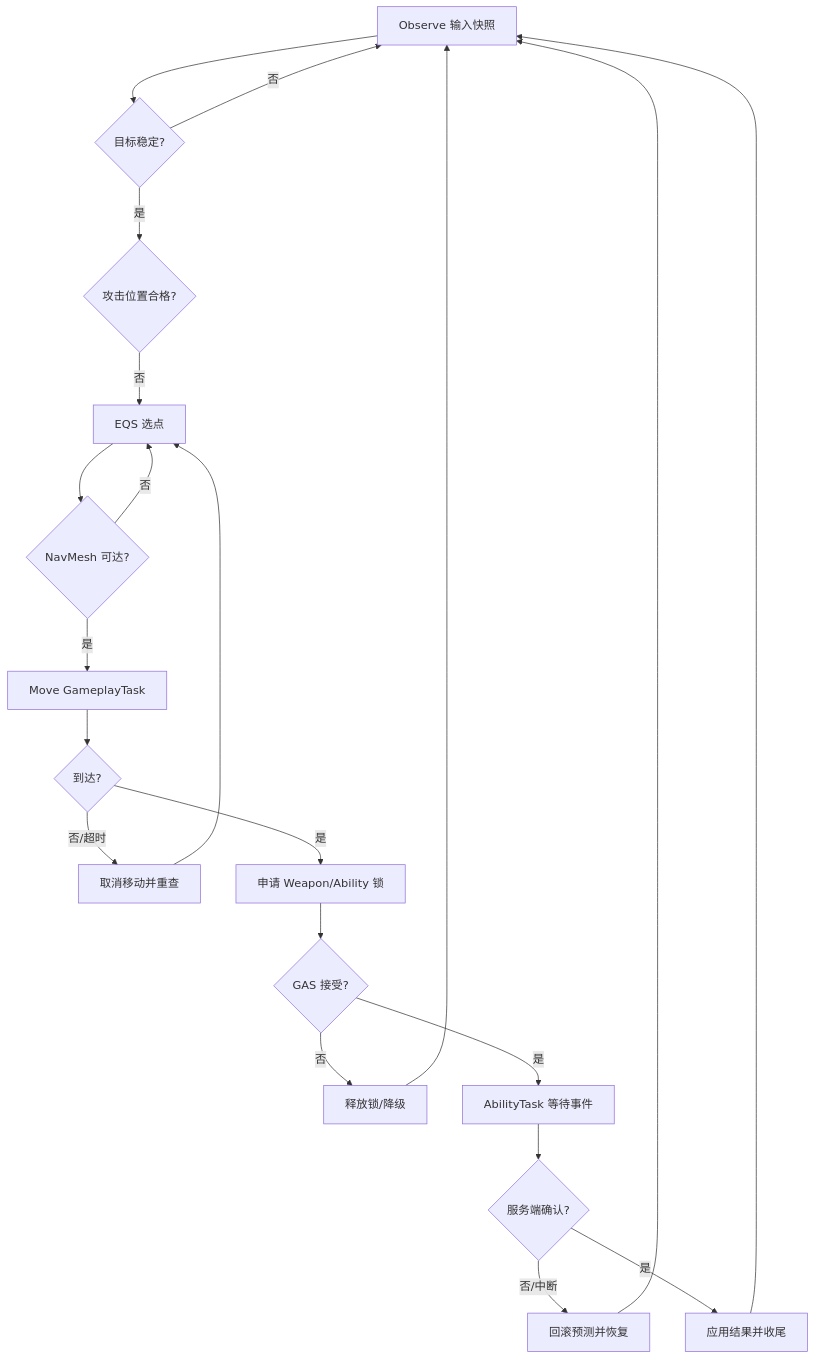
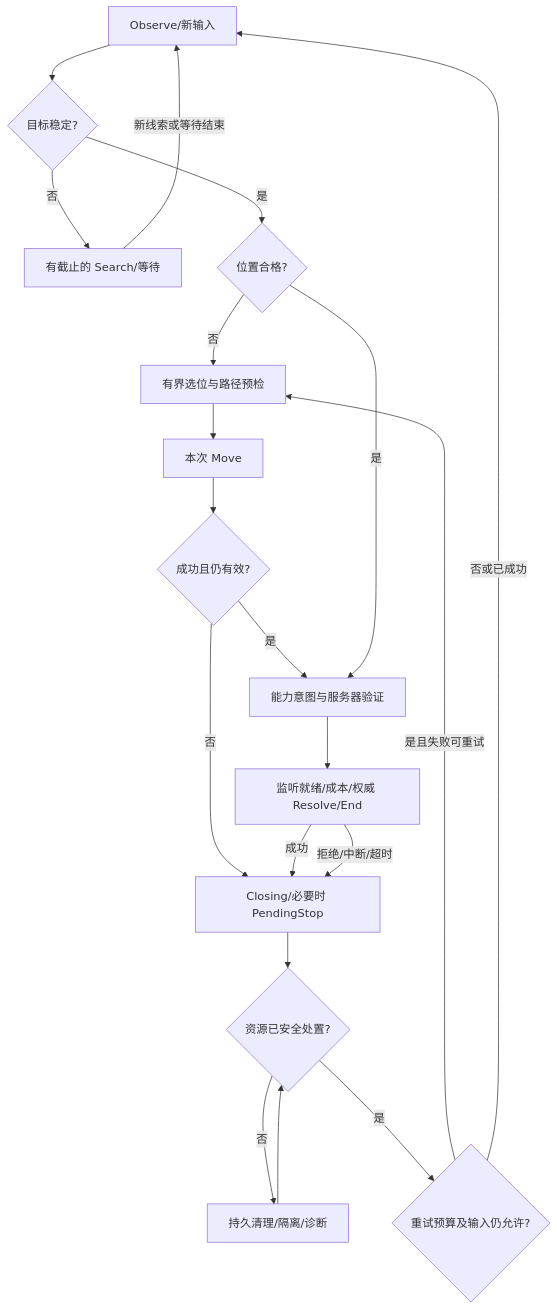
One commit to fantuan812/learning changed the fourth of 4 diagrams in 知识/06-游戏AI/感知决策与行为规划/07-GameplayTasks-StateTree-GAS-AI协同.md. Above: the diagram before and after it, drawn with Mermaid. The commit also changed other lines of this file and 1 other file, not shown here.

````diff
--- a/知识/06-游戏AI/感知决策与行为规划/07-GameplayTasks-StateTree-GAS-AI协同.md
+++ b/知识/06-游戏AI/感知决策与行为规划/07-GameplayTasks-StateTree-GAS-AI协同.md
@@ -807,23 +611,22 @@
 ```mermaid
 flowchart TD
-    A[Observe 输入快照] --> B{目标稳定?}
-    B -- 否 --> A
-    B -- 是 --> C{攻击位置合格?}
-    C -- 否 --> D[EQS 选点]
-    D --> E{NavMesh 可达?}
-    E -- 否 --> D
-    E -- 是 --> F[Move GameplayTask]
-    F --> G{到达?}
-    G -- 否/超时 --> H[取消移动并重查]
-    H --> D
-    G -- 是 --> I[申请 Weapon/Ability 锁]
-    I --> J{GAS 接受?}
-    J -- 否 --> K[释放锁/降级]
-    J -- 是 --> L[AbilityTask 等待事件]
-    L --> M{服务端确认?}
-    M -- 否/中断 --> N[回滚预测并恢复]
-    M -- 是 --> O[应用结果并收尾]
-    K --> A
-    N --> A
-    O --> A
+    O[Observe/新输入] --> T{目标稳定?}
+    T -- 否 --> S[有截止的 Search/等待]
+    T -- 是 --> P{位置合格?}
+    P -- 否 --> Q[有界选位与路径预检]
+    Q --> M[本次 Move]
+    M --> V{成功且仍有效?}
+    V -- 是 --> A[能力意图与服务器验证]
+    P -- 是 --> A
+    V -- 否 --> C[Closing/必要时 PendingStop]
+    A --> R[监听就绪/成本/权威 Resolve/End]
+    R -- 成功 --> C
+    R -- 拒绝/中断/超时 --> C
+    C --> D{资源已安全处置?}
+    D -- 否 --> G[持久清理/隔离/诊断]
+    G --> D
+    D -- 是 --> B{重试预算及输入仍允许?}
+    B -- 是且失败可重试 --> Q
+    B -- 否或已成功 --> O
+    S -- 新线索或等待结束 --> O
 ```
````
